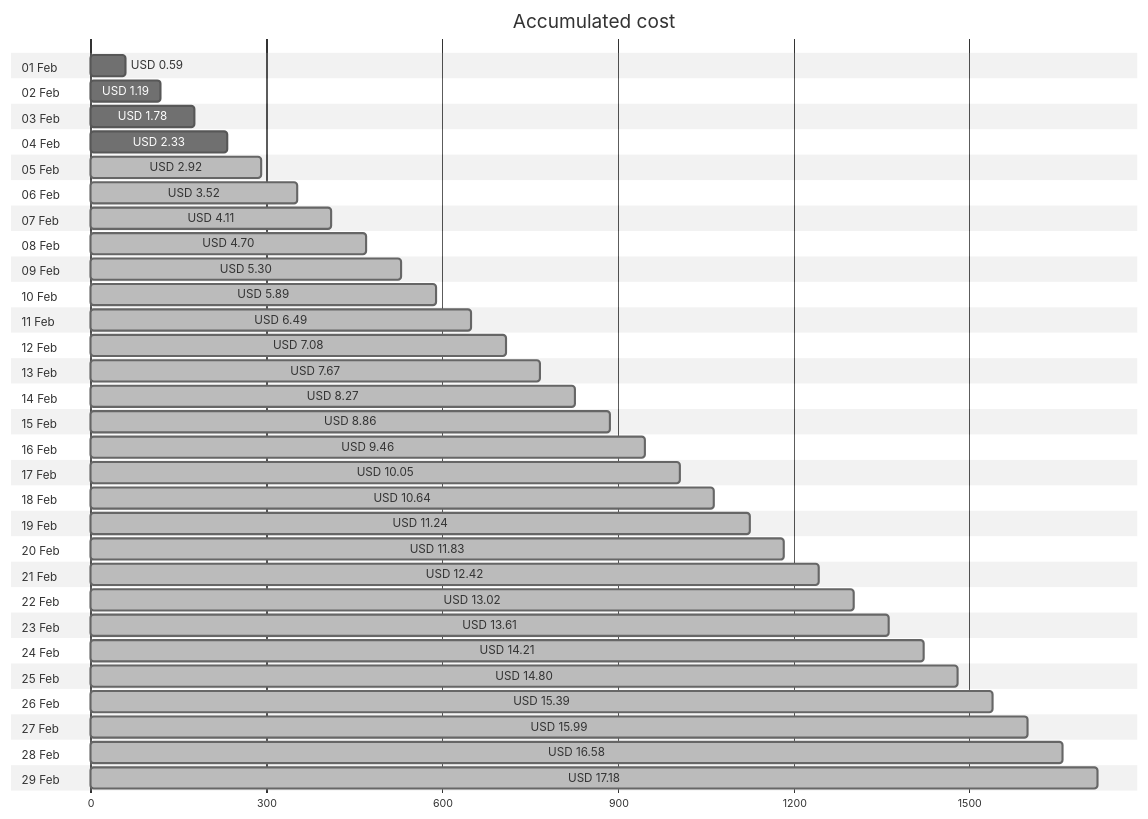
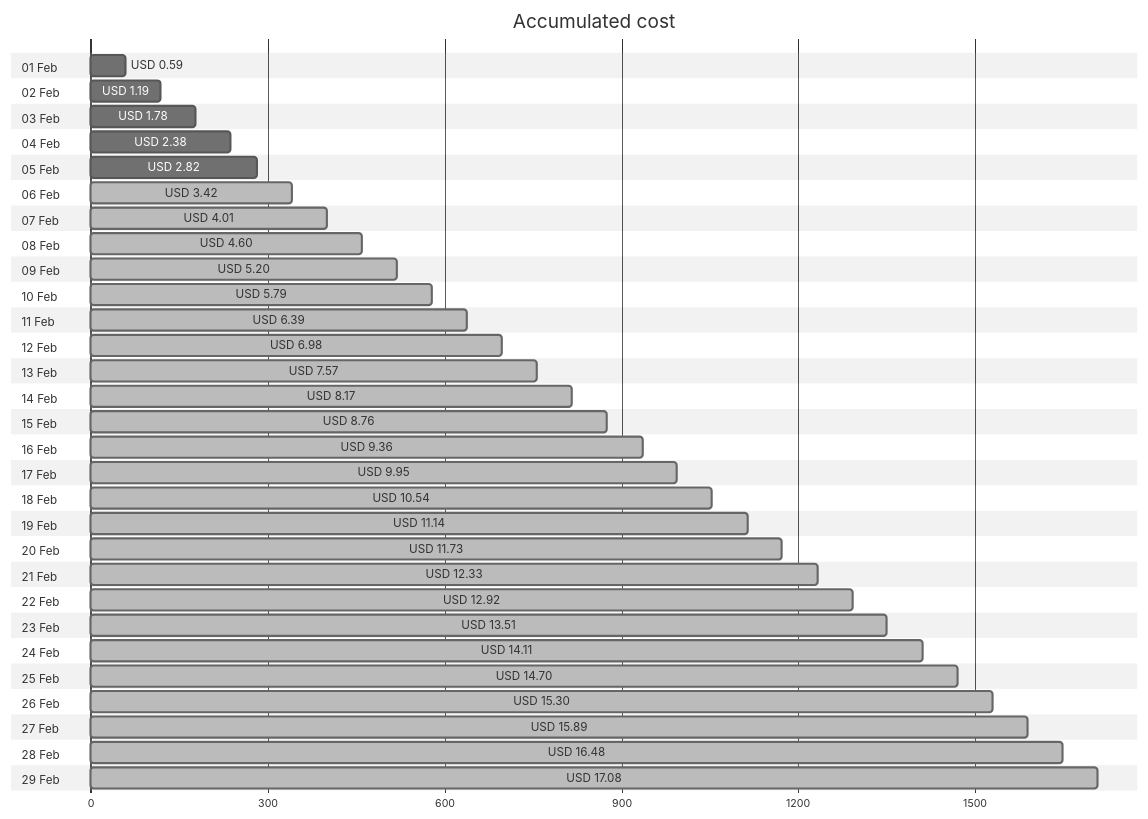
Before and after one commit to jpfulton/azure-personal-reports: the first of 4 diagrams in cost-reports/personal-site/README.md, drawn with Mermaid (neutral theme). The commit also changed other lines of this file and 6 other files, not shown here.

````diff
--- a/cost-reports/personal-site/README.md
+++ b/cost-reports/personal-site/README.md
@@ -20,64 +20,64 @@
 ```mermaid
 gantt
    title Accumulated cost
    dateFormat  X
    axisFormat %s
    section 01 Feb
    USD 0.59 :0, 59
    section 02 Feb
    USD 1.19 :0, 119
    section 03 Feb
    USD 1.78 :0, 178
    section 04 Feb
-   USD 2.33 :0, 233
+   USD 2.38 :0, 238
    section 05 Feb
-   USD 2.92 : done, 0, 292
+   USD 2.82 :0, 282
    section 06 Feb
-   USD 3.52 : done, 0, 352
+   USD 3.42 : done, 0, 342
    section 07 Feb
-   USD 4.11 : done, 0, 411
+   USD 4.01 : done, 0, 401
    section 08 Feb
-   USD 4.70 : done, 0, 470
+   USD 4.60 : done, 0, 460
    section 09 Feb
-   USD 5.30 : done, 0, 530
+   USD 5.20 : done, 0, 520
    section 10 Feb
-   USD 5.89 : done, 0, 589
+   USD 5.79 : done, 0, 579
    section 11 Feb
-   USD 6.49 : done, 0, 649
+   USD 6.39 : done, 0, 639
    section 12 Feb
-   USD 7.08 : done, 0, 708
+   USD 6.98 : done, 0, 698
    section 13 Feb
-   USD 7.67 : done, 0, 767
+   USD 7.57 : done, 0, 757
    section 14 Feb
-   USD 8.27 : done, 0, 827
+   USD 8.17 : done, 0, 817
    section 15 Feb
-   USD 8.86 : done, 0, 886
+   USD 8.76 : done, 0, 876
    section 16 Feb
-   USD 9.46 : done, 0, 946
+   USD 9.36 : done, 0, 936
    section 17 Feb
-   USD 10.05 : done, 0, 1005
+   USD 9.95 : done, 0, 995
    section 18 Feb
-   USD 10.64 : done, 0, 1064
+   USD 10.54 : done, 0, 1054
    section 19 Feb
-   USD 11.24 : done, 0, 1124
+   USD 11.14 : done, 0, 1114
    section 20 Feb
-   USD 11.83 : done, 0, 1183
+   USD 11.73 : done, 0, 1173
    section 21 Feb
-   USD 12.42 : done, 0, 1242
+   USD 12.33 : done, 0, 1233
    section 22 Feb
-   USD 13.02 : done, 0, 1302
+   USD 12.92 : done, 0, 1292
    section 23 Feb
-   USD 13.61 : done, 0, 1361
+   USD 13.51 : done, 0, 1351
    section 24 Feb
-   USD 14.21 : done, 0, 1421
+   USD 14.11 : done, 0, 1411
    section 25 Feb
-   USD 14.80 : done, 0, 1480
+   USD 14.70 : done, 0, 1470
    section 26 Feb
-   USD 15.39 : done, 0, 1539
+   USD 15.30 : done, 0, 1530
    section 27 Feb
-   USD 15.99 : done, 0, 1599
+   USD 15.89 : done, 0, 1589
    section 28 Feb
-   USD 16.58 : done, 0, 1658
+   USD 16.48 : done, 0, 1648
    section 29 Feb
-   USD 17.18 : done, 0, 1718
+   USD 17.08 : done, 0, 1708
 ```
````
